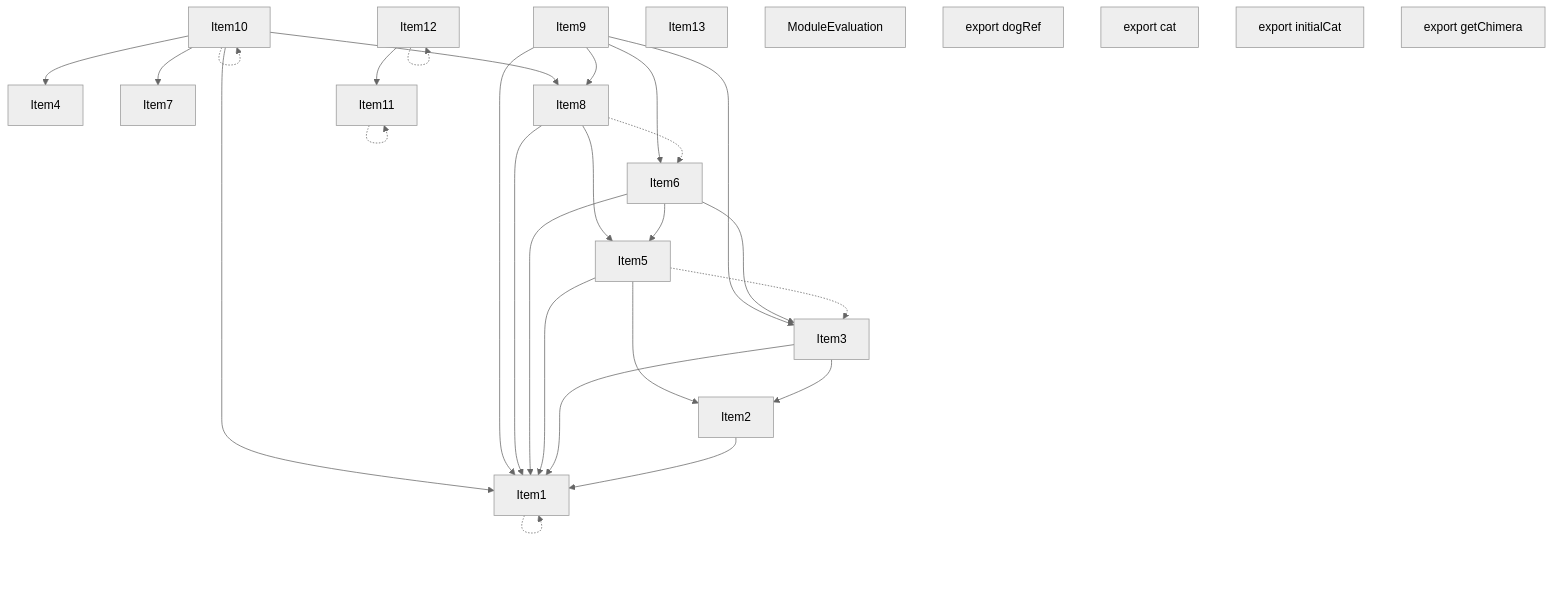
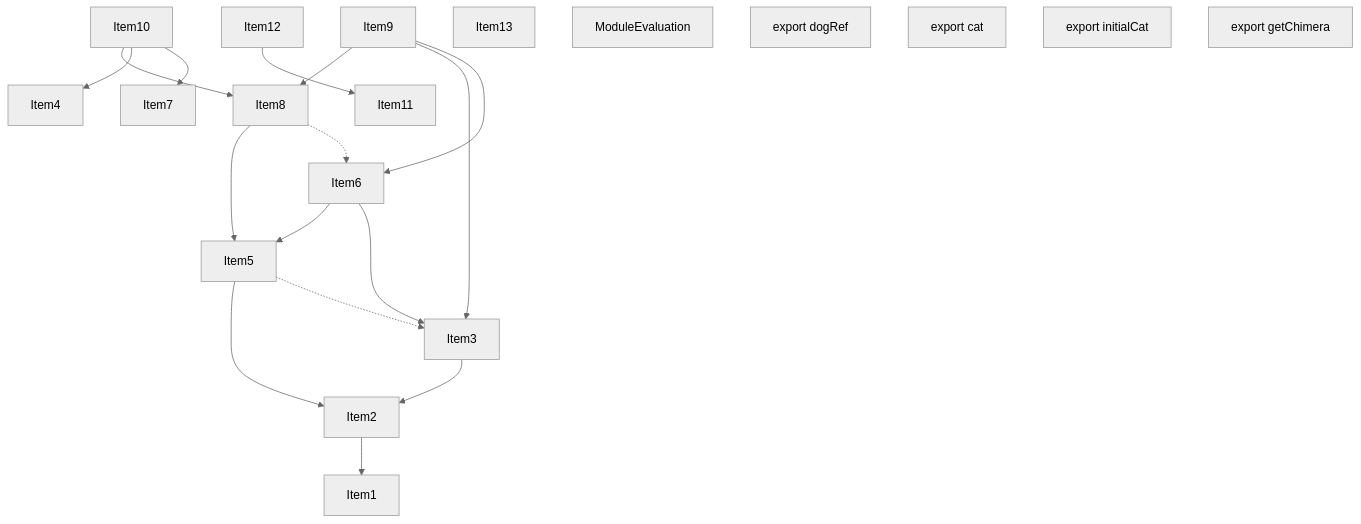
One commit to vercel/turborepo changed the second of 5 diagrams in crates/turbopack-ecmascript/tests/tree-shaker/analyzer/complex/output.md. Above: the diagram before and after it, drawn with Mermaid (neutral theme). The commit also changed other lines of this file and 20 other files, not shown here.

````diff
--- a/crates/turbopack-ecmascript/tests/tree-shaker/analyzer/complex/output.md
+++ b/crates/turbopack-ecmascript/tests/tree-shaker/analyzer/complex/output.md
@@ -181,51 +181,41 @@
 ```mermaid
 graph TD
     Item1;
     Item2;
     Item3;
     Item4;
     Item5;
     Item6;
     Item7;
     Item8;
     Item9;
     Item10;
     Item11;
     Item12;
     Item13;
     Item14;
     Item14["ModuleEvaluation"];
     Item15;
     Item15["export dogRef"];
     Item16;
     Item16["export cat"];
     Item17;
     Item17["export initialCat"];
     Item18;
     Item18["export getChimera"];
-    Item1 -.-> Item1;
     Item2 --> Item1;
     Item3 --> Item2;
-    Item3 --> Item1;
     Item5 --> Item2;
-    Item5 --> Item1;
     Item5 -.-> Item3;
     Item6 --> Item5;
-    Item6 --> Item1;
     Item6 --> Item3;
     Item8 --> Item5;
-    Item8 --> Item1;
     Item8 -.-> Item6;
     Item9 --> Item8;
-    Item9 --> Item1;
     Item9 --> Item3;
     Item9 --> Item6;
     Item10 --> Item8;
-    Item10 --> Item1;
     Item10 --> Item4;
     Item10 --> Item7;
-    Item10 -.-> Item10;
-    Item11 -.-> Item11;
     Item12 --> Item11;
-    Item12 -.-> Item12;
 ```
````
